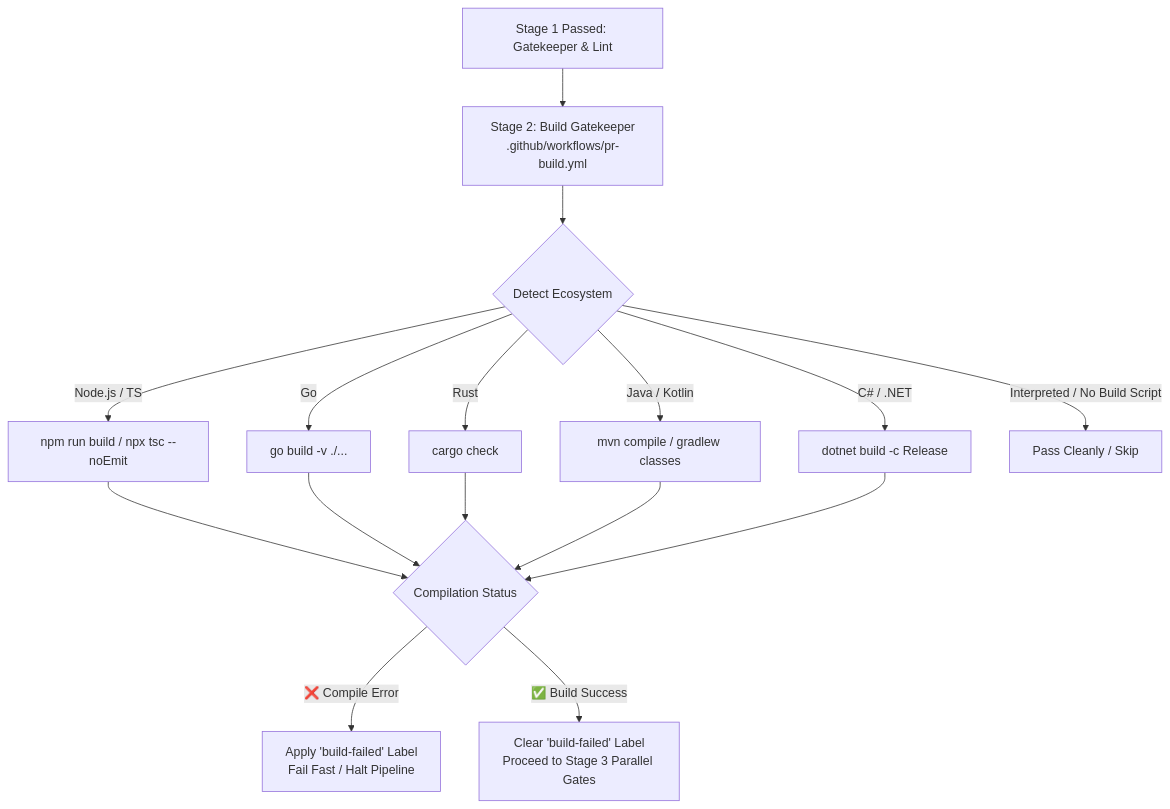
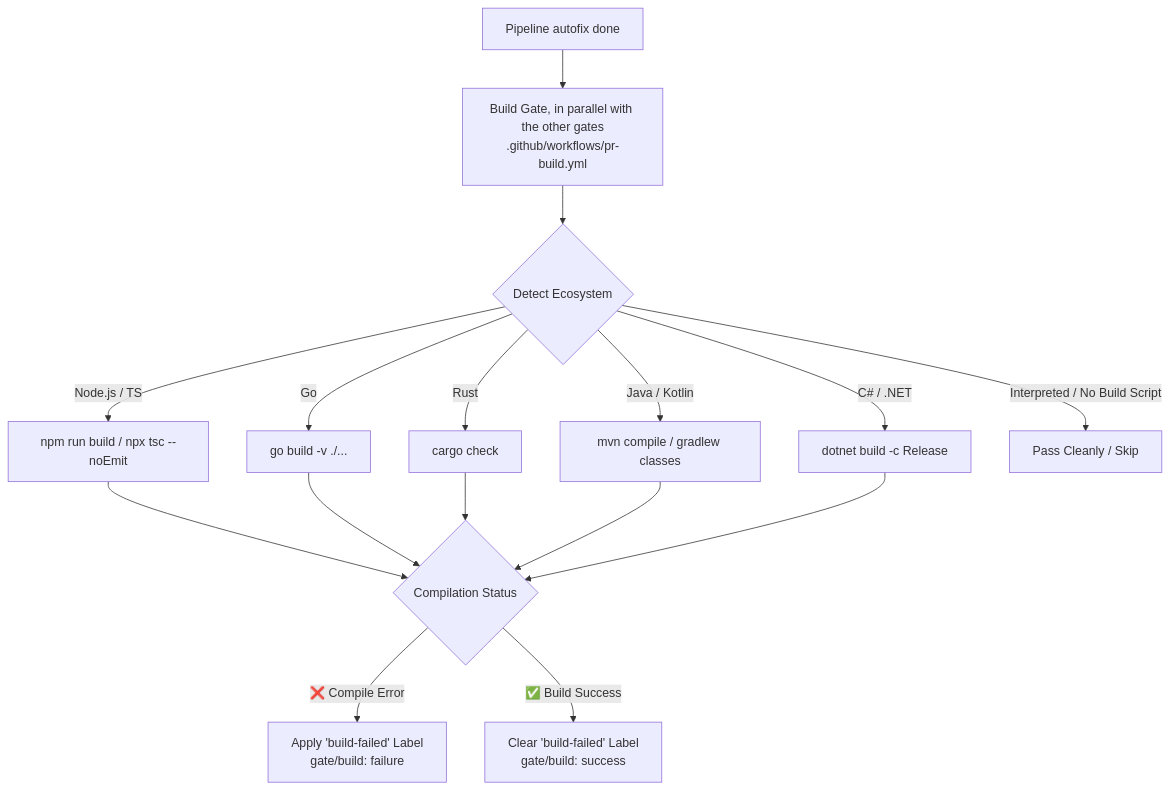
Before and after one commit to SitoaderOrg/ForgeFlow: the diagram in docs/pr-build.md, drawn with Mermaid. The commit also changed 28 other files, not shown here.

First line of the commit message:
feat(ci): run PR quality gates in parallel with per-gate rechecks

````diff
--- a/docs/pr-build.md
+++ b/docs/pr-build.md
@@ -9,21 +9,21 @@
 ```mermaid
 flowchart TD
-    Stage1Pass[Stage 1 Passed: Gatekeeper & Lint] --> BuildGate[Stage 2: Build Gatekeeper\n.github/workflows/pr-build.yml]
+    Stage1Pass[Pipeline autofix done] --> BuildGate[Build Gate, in parallel with the other gates\n.github/workflows/pr-build.yml]
     
     BuildGate --> DetectLang{Detect Ecosystem}
     DetectLang -->|Node.js / TS| BuildNode[npm run build / npx tsc --noEmit]
     DetectLang -->|Go| BuildGo[go build -v ./...]
     DetectLang -->|Rust| BuildRust[cargo check]
     DetectLang -->|Java / Kotlin| BuildJava[mvn compile / gradlew classes]
     DetectLang -->|C# / .NET| BuildDotnet[dotnet build -c Release]
     DetectLang -->|Interpreted / No Build Script| PassClean[Pass Cleanly / Skip]
 
     BuildNode --> StatusCheck{Compilation Status}
     BuildGo --> StatusCheck
     BuildRust --> StatusCheck
     BuildJava --> StatusCheck
     BuildDotnet --> StatusCheck
 
-    StatusCheck -->|❌ Compile Error| AddLabel[Apply 'build-failed' Label\nFail Fast / Halt Pipeline]
-    StatusCheck -->|✅ Build Success| ClearLabel[Clear 'build-failed' Label\nProceed to Stage 3 Parallel Gates]
+    StatusCheck -->|❌ Compile Error| AddLabel[Apply 'build-failed' Label\ngate/build: failure]
+    StatusCheck -->|✅ Build Success| ClearLabel[Clear 'build-failed' Label\ngate/build: success]
 ```
````
